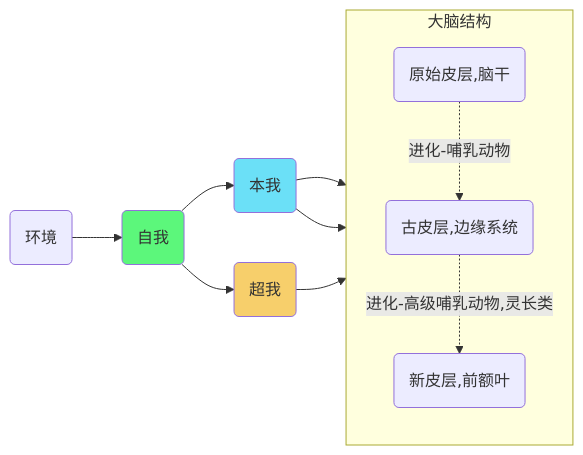
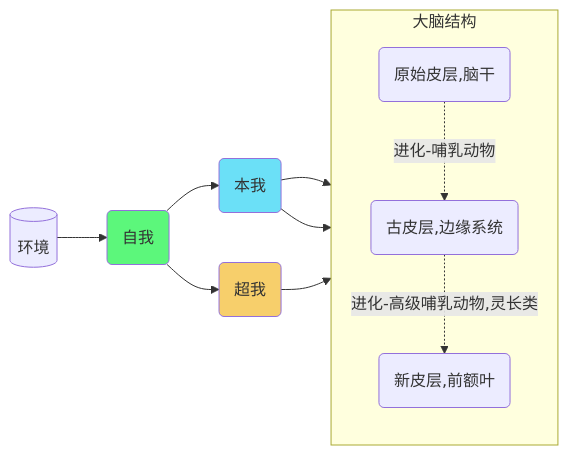
Before and after one commit to Gaohaoyang/gaohaoyang.github.io: the second of 2 diagrams in _posts/2022-09-13-note-cognition-mind.md, drawn with Mermaid.

Commit message:
更改形状

```diff
--- a/_posts/2022-09-13-note-cognition-mind.md
+++ b/_posts/2022-09-13-note-cognition-mind.md
@@ -156,23 +156,23 @@
 <div class="mermaid">
     flowchart LR
     %% 节点颜色
     classDef red fill:#f02;
     classDef green fill:#5CF77B;
     classDef blue fill:#6BE0F7;
     classDef orange fill:#F7CF6B;
     classDef start fill:#C8D64B;
     %%节点关系定义
-    O(环境)-->A(自我):::green
+    O[(环境)]-->A(自我):::green
     A --> B(本我):::blue
     B --> D
     B --> E
     A --> C(超我):::orange
     C --> F
     subgraph new [大脑结构]
         direction TB
         D(原始皮层,脑干)
         E(古皮层,边缘系统)
         F(新皮层,前额叶)
         D -.->|进化-哺乳动物| E -.->|进化-高级哺乳动物,灵长类| F
     end
 </div>
```
